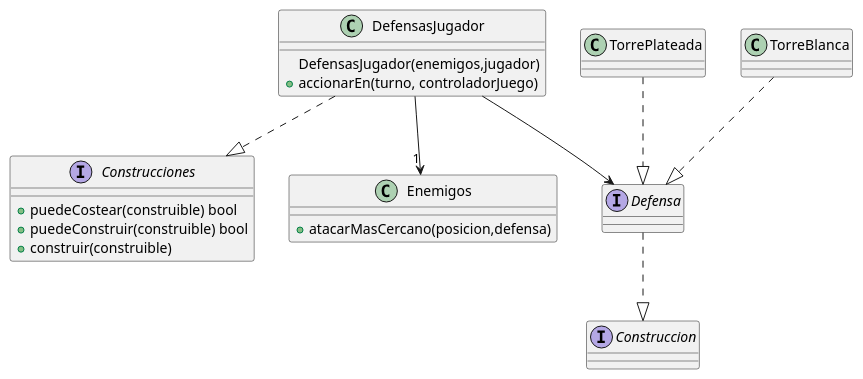
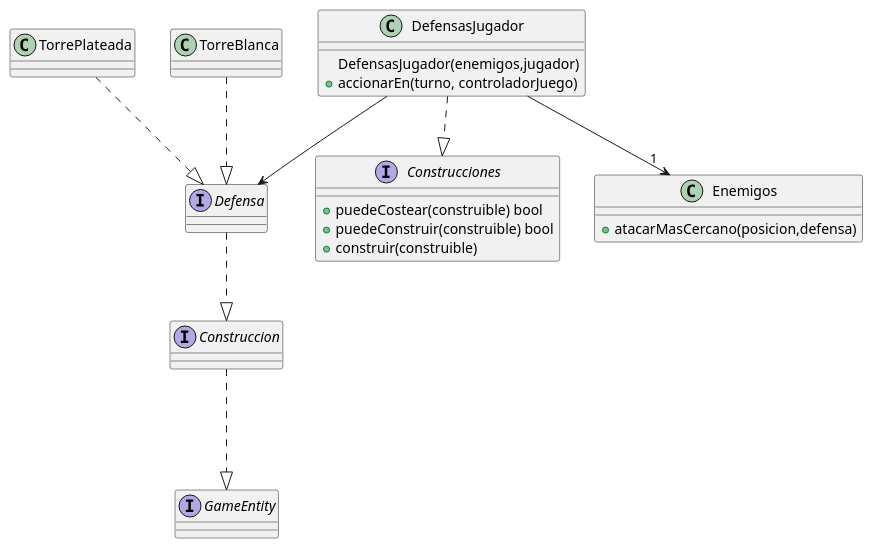
One commit to MarceloAgustinOrigoniGuillaume/Algo3_TP2_1C2023 changed the diagram in diagrams/classes/prototipoMarcelo/defensasJugador.puml. Above: the diagram before and after it, drawn with PlantUML. The commit also changed 4 other files, not shown here.

```diff
--- a/diagrams/classes/prototipoMarcelo/defensasJugador.puml
+++ b/diagrams/classes/prototipoMarcelo/defensasJugador.puml
@@ -1,42 +1,48 @@
 @startuml
+
+interface GameEntity
 
 interface Construcciones{
     + puedeCostear(construible) bool
     + puedeConstruir(construible) bool
     + construir(construible)
 }
+
+
+
 interface Construccion{
 
 }
 
+Construccion...|> GameEntity
 interface Defensa{
 
 }
 
 class TorrePlateada
 class TorreBlanca
 
 TorreBlanca ..|> Defensa
 TorrePlateada ..|> Defensa
 
 Defensa ..|> Construccion
 
 
 class Enemigos{
     + atacarMasCercano(posicion,defensa)
 }
 
 class DefensasJugador{
     DefensasJugador(enemigos,jugador)
     +accionarEn(turno, controladorJuego)
 }
 
 DefensasJugador ..|> Construcciones
 DefensasJugador --> Defensa
 
 
 
 DefensasJugador-->"1" Enemigos
 
 
 @enduml
```
